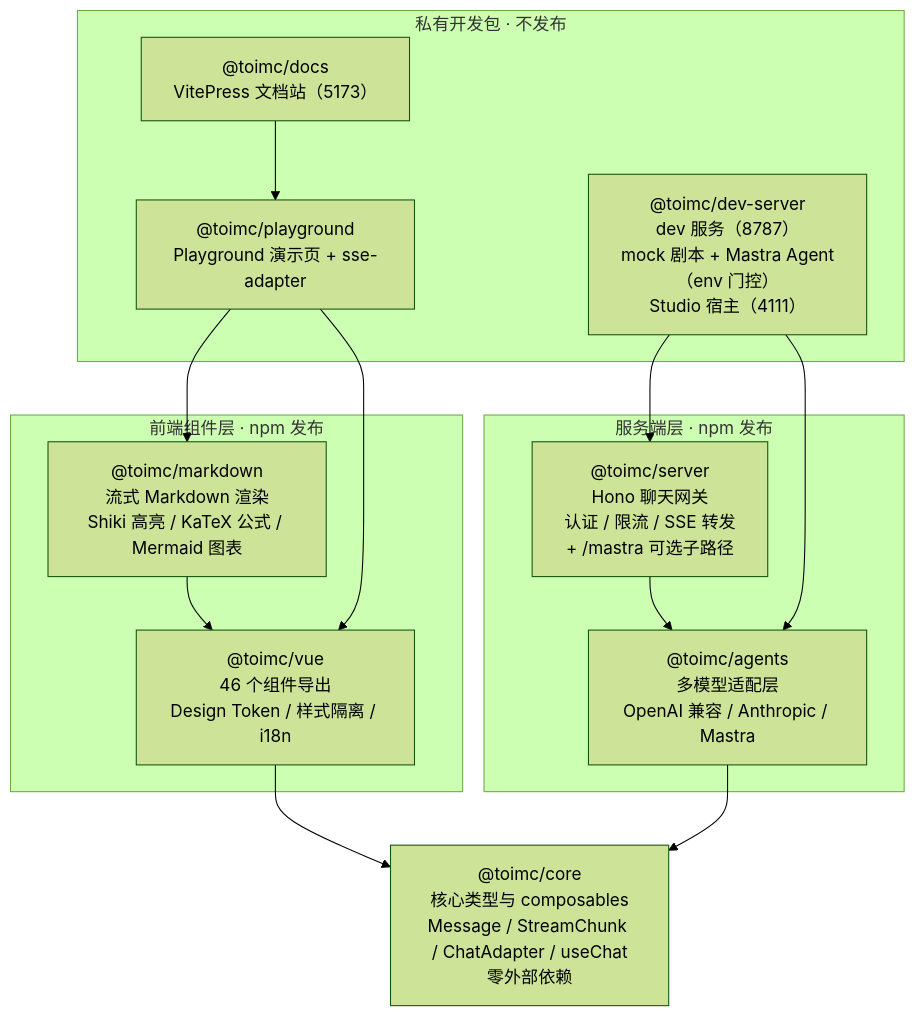
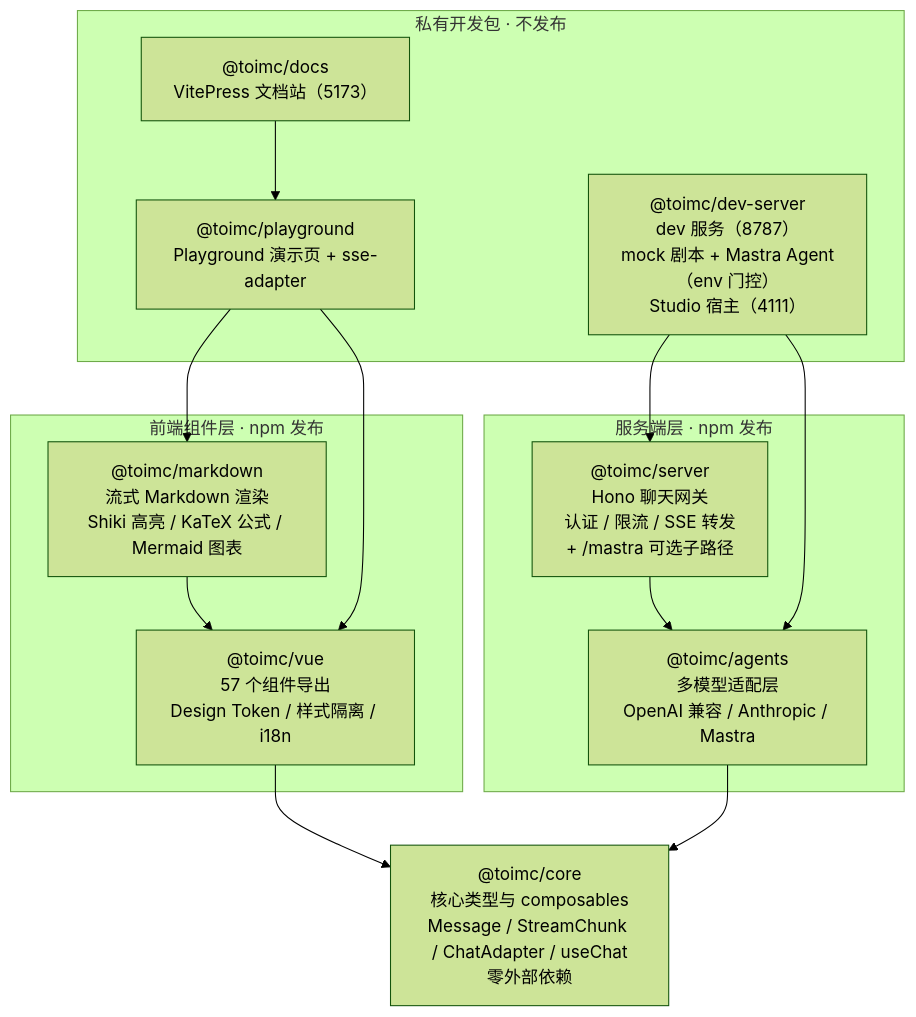
Before and after one commit to toimc/learn-ai: the first of 3 diagrams in README.md, drawn with Mermaid (forest theme). The commit also changed other lines of this file and 6 other files, not shown here.

````diff
--- a/README.md
+++ b/README.md
@@ -91,30 +93,30 @@
 ```mermaid
 flowchart TB
     subgraph fe["前端组件层 · npm 发布"]
-        VUE["@toimc/vue<br/>46 个组件导出<br/>Design Token / 样式隔离 / i18n"]
+        VUE["@toimc/vue<br/>57 个组件导出<br/>Design Token / 样式隔离 / i18n"]
         MD["@toimc/markdown<br/>流式 Markdown 渲染<br/>Shiki 高亮 / KaTeX 公式 / Mermaid 图表"]
     end
 
     subgraph be["服务端层 · npm 发布"]
         SERVER["@toimc/server<br/>Hono 聊天网关<br/>认证 / 限流 / SSE 转发<br/>+ /mastra 可选子路径"]
         AGENTS["@toimc/agents<br/>多模型适配层<br/>OpenAI 兼容 / Anthropic / Mastra"]
     end
 
     subgraph dev["私有开发包 · 不发布"]
         DOCS["@toimc/docs<br/>VitePress 文档站（5173）"]
         PG["@toimc/playground<br/>Playground 演示页 + sse-adapter"]
         DEV["@toimc/dev-server<br/>dev 服务（8787）<br/>mock 剧本 + Mastra Agent（env 门控）<br/>Studio 宿主（4111）"]
     end
 
     CORE["@toimc/core<br/>核心类型与 composables<br/>Message / StreamChunk / ChatAdapter / useChat<br/>零外部依赖"]
 
     VUE --> CORE
     MD --> VUE
     AGENTS --> CORE
     SERVER --> AGENTS
     PG --> VUE
     PG --> MD
     DOCS --> PG
     DEV --> SERVER
     DEV --> AGENTS
 ```
````
